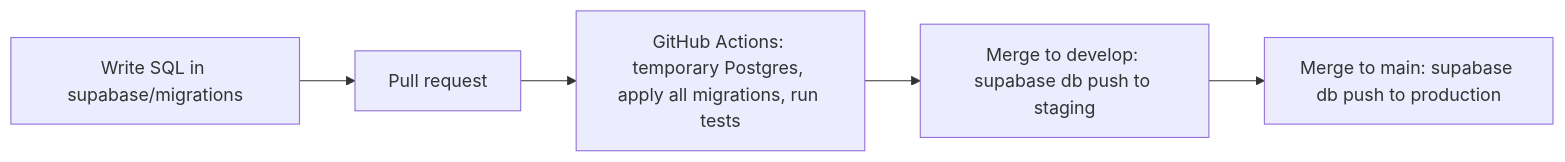
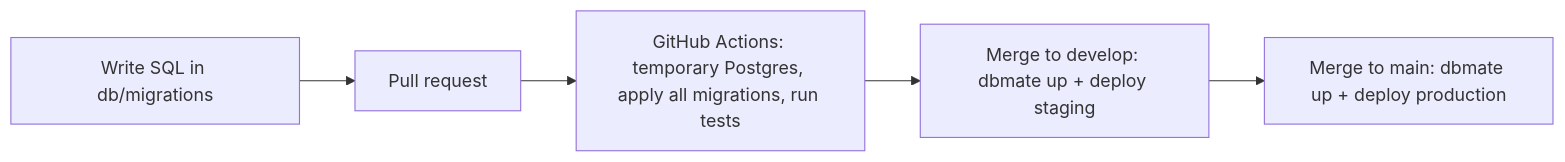
Before and after one commit to campuscores/campuscores: the second of 2 diagrams in doc/architecture.md, drawn with Mermaid. The commit also changed other lines of this file and 8 other files, not shown here.

````diff
--- a/doc/architecture.md
+++ b/doc/architecture.md
@@ -252,7 +249,7 @@
 ```mermaid
 flowchart LR
-  M[Write SQL in supabase/migrations] --> PR[Pull request]
+  M[Write SQL in db/migrations] --> PR[Pull request]
   PR --> CI[GitHub Actions: temporary Postgres, apply all migrations, run tests]
-  CI --> S[Merge to develop: supabase db push to staging]
-  S --> P[Merge to main: supabase db push to production]
+  CI --> S[Merge to develop: dbmate up + deploy staging]
+  S --> P[Merge to main: dbmate up + deploy production]
 ```
````
